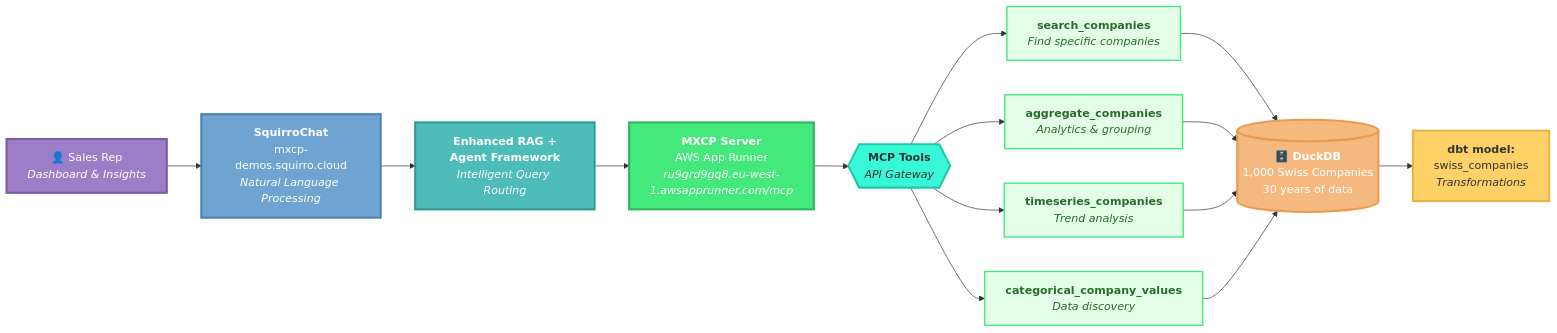
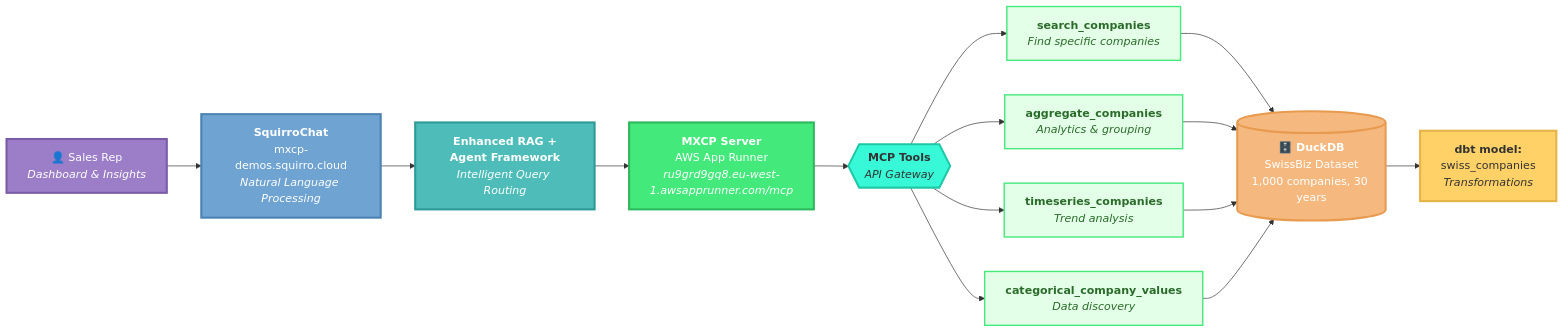
The second of 2 diagrams in sales-enablement-guide.md (raw-labs/squirro-sales), drawn with Mermaid before and after one commit. The commit also changed other lines of this file and 1 other file, not shown here.

````diff
--- a/sales-enablement-guide.md
+++ b/sales-enablement-guide.md
@@ -244,46 +335,46 @@
 ```mermaid
 flowchart LR
     User["👤 Sales Rep<br/><i>Dashboard & Insights</i>"]
     SC["<b>SquirroChat</b><br/>mxcp-demos.squirro.cloud<br/><i>Natural Language Processing</i>"]
     RAG["<b>Enhanced RAG +<br/>Agent Framework</b><br/><i>Intelligent Query Routing</i>"]
     MXCP["<b>MXCP Server</b><br/>AWS App Runner<br/><i>ru9grd9gq8.eu-west-1.awsapprunner.com/mcp</i>"]
     Tools{{"<b>MCP Tools</b><br/><i>API Gateway</i>"}}
     T1["<b>search_companies</b><br/><i>Find specific companies</i>"]
     T2["<b>aggregate_companies</b><br/><i>Analytics & grouping</i>"]
     T3["<b>timeseries_companies</b><br/><i>Trend analysis</i>"]
     T4["<b>categorical_company_values</b><br/><i>Data discovery</i>"]
-    DB[("<b>🗄️ DuckDB</b><br/>1,000 Swiss Companies<br/>30 years of data")]
+    DB[("<b>🗄️ DuckDB</b><br/>SwissBiz Dataset<br/>1,000 companies, 30 years")]
     DBT["<b>dbt model:</b><br/>swiss_companies<br/><i>Transformations</i>"]
     
     User --> SC
     SC --> RAG
     RAG --> MXCP
     MXCP --> Tools
     Tools --> T1
     Tools --> T2
     Tools --> T3
     Tools --> T4
     T1 --> DB
     T2 --> DB
     T3 --> DB
     T4 --> DB
     DB --> DBT
     
     classDef userClass fill:#9b7ec7,stroke:#7a5ba6,stroke-width:3px,color:#fff
     classDef squirroClass fill:#6fa3d2,stroke:#4a82b3,stroke-width:3px,color:#fff
     classDef ragClass fill:#4ebdb9,stroke:#2d9a96,stroke-width:3px,color:#fff
     classDef mxcpClass fill:#43e97b,stroke:#2eb85c,stroke-width:3px,color:#fff
     classDef toolsClass fill:#38f9d7,stroke:#1fc9a8,stroke-width:3px,color:#333
     classDef toolClass fill:#e3ffe7,stroke:#43e97b,stroke-width:2px,color:#2a6b2a
     classDef dbClass fill:#f5b97f,stroke:#e89a4f,stroke-width:3px,color:#fff
     classDef dbtClass fill:#ffd166,stroke:#e6b347,stroke-width:3px,color:#333
     
     class User userClass
     class SC squirroClass
     class RAG ragClass
     class MXCP mxcpClass
     class Tools toolsClass
     class T1,T2,T3,T4 toolClass
     class DB dbClass
     class DBT dbtClass
 ```
````
